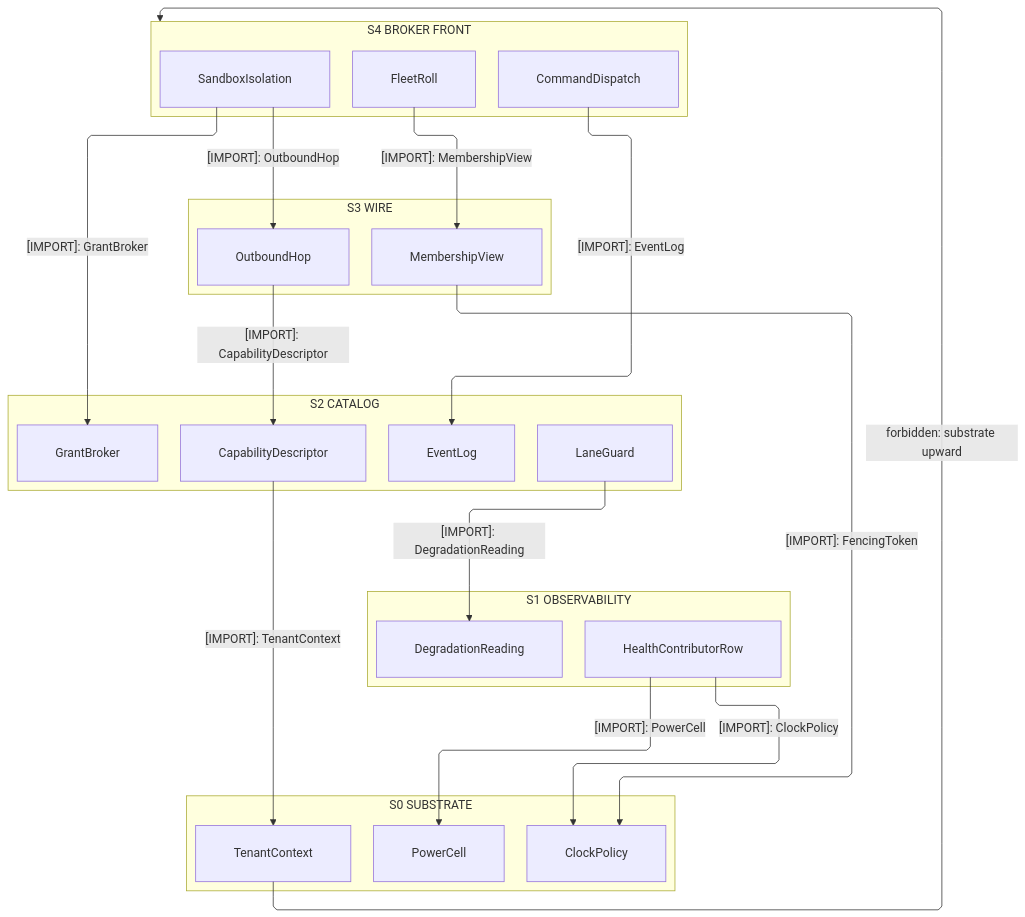
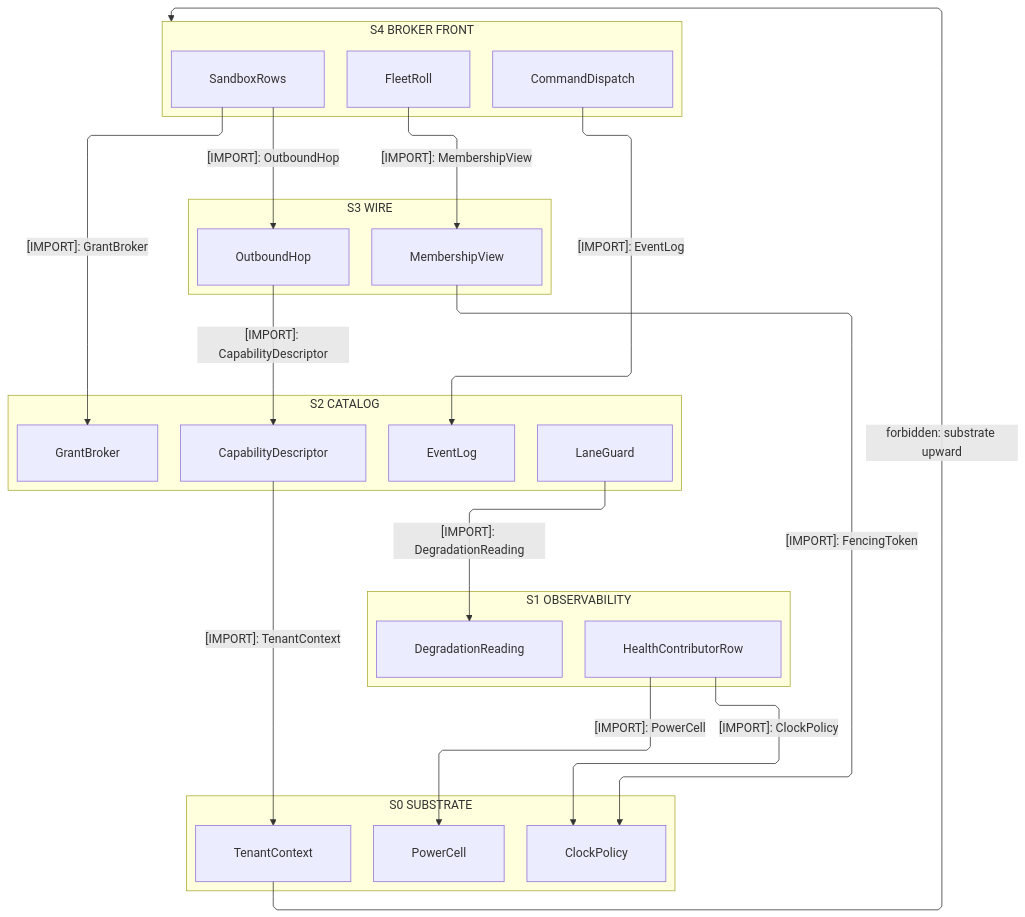
Before and after one commit to bsamiee/Rasm: the first of 4 diagrams in libs/csharp/Rasm.AppHost/ARCHITECTURE.md, drawn with Mermaid. The commit also changed other lines of this file and 400 other files, not shown here.

````diff
--- a/libs/csharp/Rasm.AppHost/ARCHITECTURE.md
+++ b/libs/csharp/Rasm.AppHost/ARCHITECTURE.md
@@ -66,47 +66,47 @@
 ```mermaid
 ---
 config:
   layout: elk
   flowchart:
     curve: linear
     padding: 25
 ---
 flowchart TB
     accTitle: AppHost interior strata
     accDescr: Five stacked strata from the broker front through wire delivery and the capability catalog onto the observability grade and the runtime substrate, every consumption edge pointing downward and naming one sourced type, and one forbidden upward edge.
     subgraph S4["S4 BROKER FRONT"]
-        Isolation[SandboxIsolation]
+        Isolation[SandboxRows]
         Roll[FleetRoll]
         Dispatch[CommandDispatch]
     end
     subgraph S3["S3 WIRE"]
         Outbound[OutboundHop]
         Membership[MembershipView]
     end
     subgraph S2["S2 CATALOG"]
         Capability[CapabilityDescriptor]
         Broker[GrantBroker]
         Log[EventLog]
         LaneGuard[LaneGuard]
     end
     subgraph S1["S1 OBSERVABILITY"]
         Health[HealthContributorRow]
         Reading[DegradationReading]
     end
     subgraph S0["S0 SUBSTRATE"]
         Tenant[TenantContext]
         Clock[ClockPolicy]
         Power[PowerCell]
     end
     Dispatch -->|"[IMPORT]: EventLog"| Log
     Isolation -->|"[IMPORT]: GrantBroker"| Broker
     Isolation -->|"[IMPORT]: OutboundHop"| Outbound
     Roll -->|"[IMPORT]: MembershipView"| Membership
     Outbound -->|"[IMPORT]: CapabilityDescriptor"| Capability
     Membership -->|"[IMPORT]: FencingToken"| Clock
     LaneGuard -->|"[IMPORT]: DegradationReading"| Reading
     Capability -->|"[IMPORT]: TenantContext"| Tenant
     Health -->|"[IMPORT]: ClockPolicy"| Clock
     Health -->|"[IMPORT]: PowerCell"| Power
     Tenant -->|"forbidden: substrate upward"| S4
 ```
````
